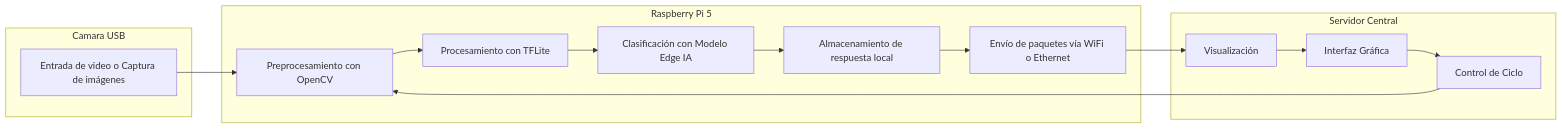
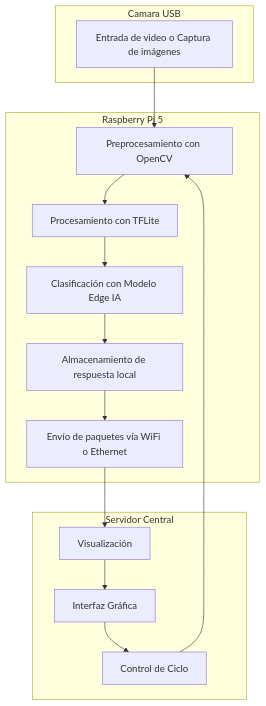
Before and after one commit to lestorres/Reconocimiento_clasificacion_de_expresiones: the diagram in docs/arquitectura.md, drawn with Mermaid.

````diff
--- a/docs/arquitectura.md
+++ b/docs/arquitectura.md
@@ -52,32 +52,32 @@
 ```mermaid
-flowchart LR
+flowchart TB
 
     subgraph Camara USB
         A[Entrada de video o Captura de imágenes]
     end
 
     subgraph Raspberry Pi 5
         B[Preprocesamiento con OpenCV]
         C[Procesamiento con TFLite]
         D[Clasificación con Modelo Edge IA]
         E[Almacenamiento de respuesta local]
         F[Envío de paquetes vía WiFi o Ethernet]
     end
 
     subgraph Servidor Central
         G[Visualización]
         H[Interfaz Gráfica]
         I[Control de Ciclo]
     end
 
     A --> B
     B --> C
     C --> D
     D --> E
     E --> F
     F --> G
     G --> H
     H --> I
     I --> B
 
 ```
````
